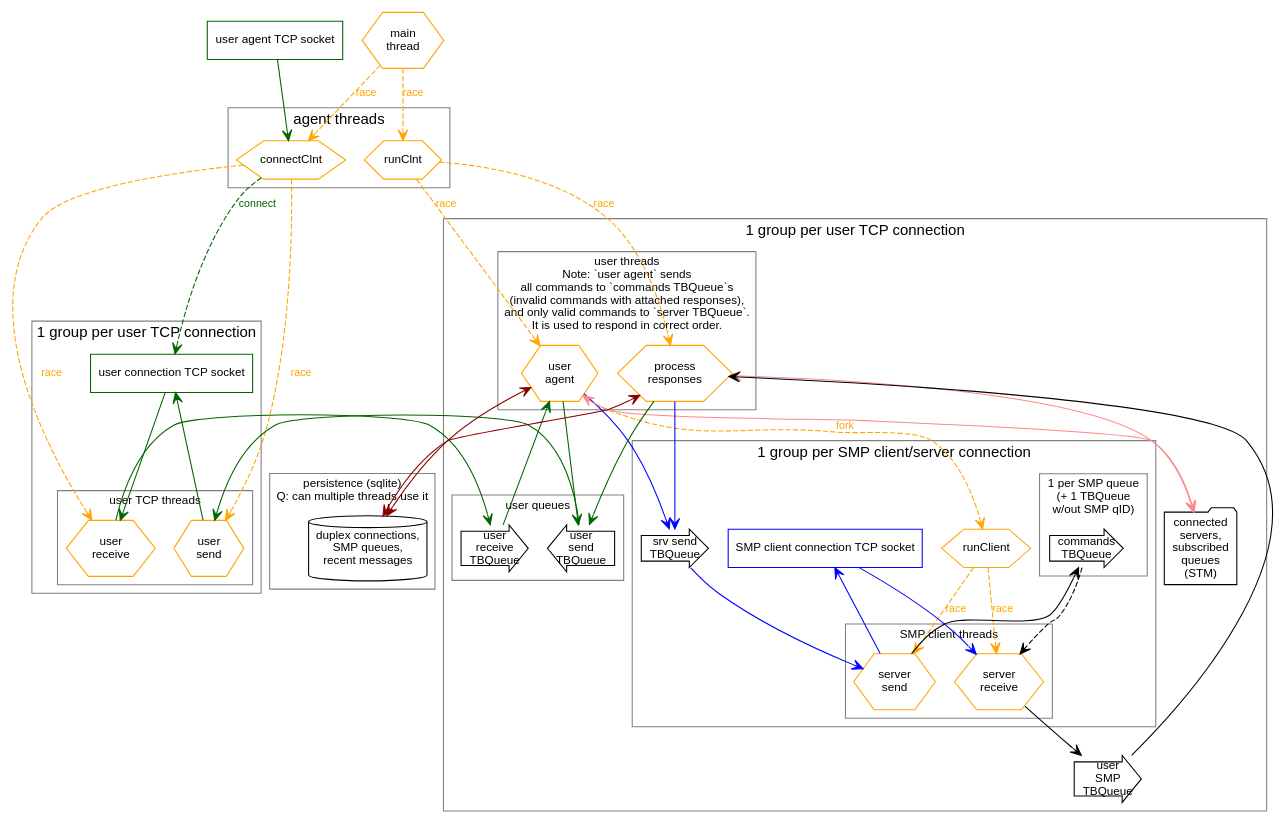
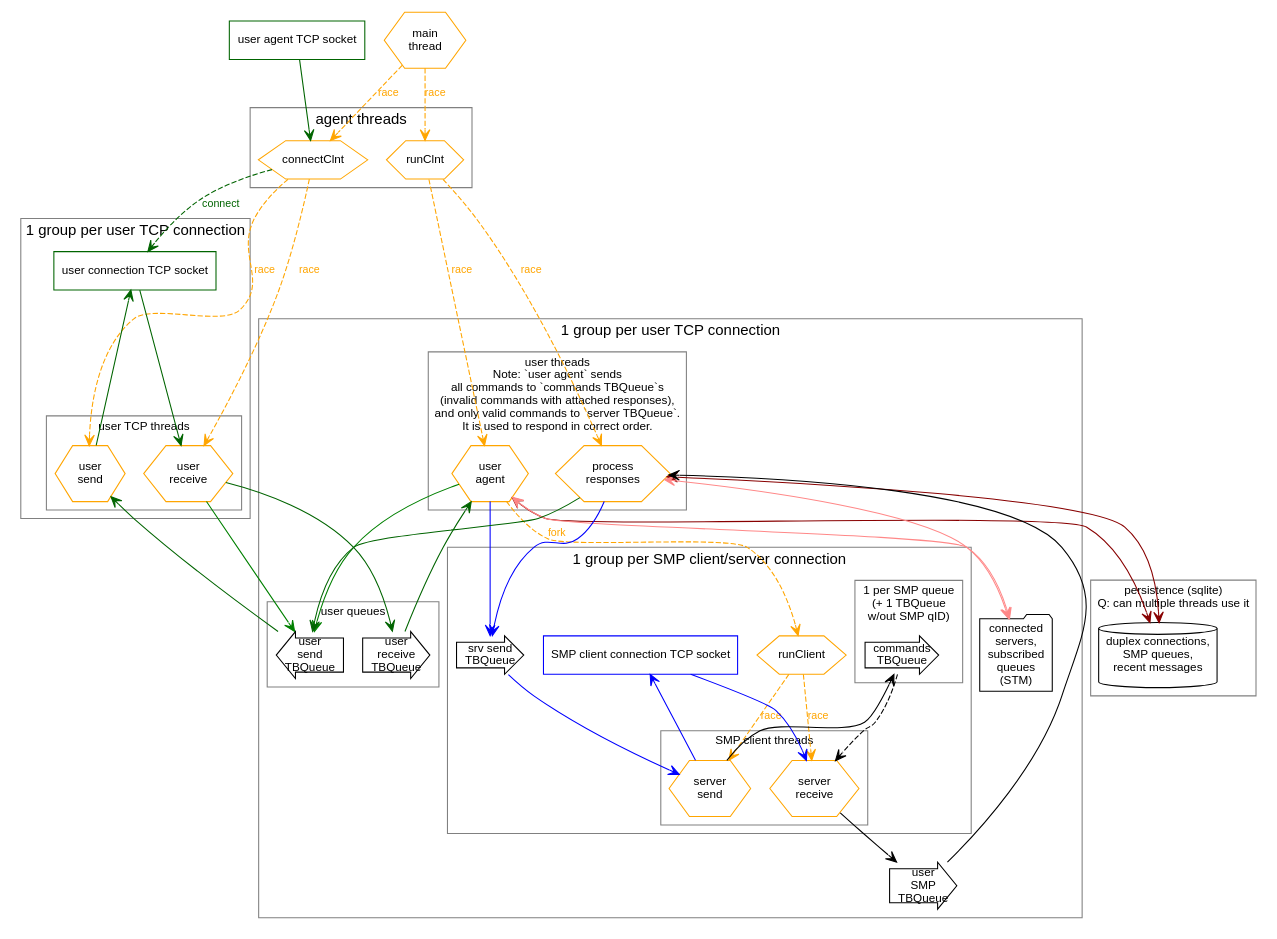
The diagram in design/agent2.gv (simplex-chat/simplexmq), drawn with Graphviz before and after one commit.

Commit message:
diagram: invalid syntax response without roundtrip

```diff
--- a/design/agent2.gv
+++ b/design/agent2.gv
@@ -1,106 +1,107 @@
 digraph SMPAgent {
   graph [fontname=arial]
   node [fontname=arial fontsize=11 shape=box]
   edge [fontname=arial fontsize=10 arrowhead=open arrowtail=open]
 
   main [shape=hexagon color=orange label="main\nthread"]
   aSock [label="user agent TCP socket" color=darkgreen]
 
   subgraph clusterPersistence {
     graph [fontsize=11 color=gray]
     label="persistence (sqlite)\nQ: can multiple threads use it"
     connectionsStore [shape=cylinder label="duplex connections,\nSMP queues,\nrecent messages"]
   }
 
   subgraph clusterAgent {
     graph [color=gray]
     node [shape=hexagon color=orange]
     label="agent threads" 
     connectClnt
     runClnt
   }
 
   main -> {runClnt connectClnt} [style=dashed label="race" color=orange fontcolor=orange]
   aSock -> connectClnt [color=darkgreen]
 
   subgraph clusterUserTCP {
     graph [color=gray]
     label="1 group per user TCP connection"
     uSock [label="user connection TCP socket" color=darkgreen]
 
     subgraph clusterUserTCPThreads {
       graph [fontsize=11 color=gray]
       label="user TCP threads"
       node [shape=hexagon, color=orange]
       uRcv [label="user\nreceive"]
       uSnd [label="user\nsend"]
     }
 
     uSock -> uRcv [color=darkgreen]
     uSnd -> uSock [color=darkgreen]
   }
 
   subgraph clusterUser {
     graph [color=gray]
     label="1 group per user TCP connection"
 
     subgraph clusterUserInterface {
       graph [fontsize=11]
       label="user queues"
       uInq [shape=rarrow label="user\nreceive\nTBQueue"]
       uOutq [shape=larrow label="user\nsend\nTBQueue"]
     }
 
     subgraph clusterUserThreads {
       graph [fontsize=11]
       label="user threads\nNote: `user agent` sends\nall commands to `commands TBQueue`s\n(invalid commands with attached responses),\nand only valid commands to `server TBQueue`.\nIt is used to respond in correct order."
       node [shape=hexagon, color=orange]
       uAgent [label="user\nagent"]
       uProcess [label="process\nresponses"]
     }
 
     uRcv -> uInq -> uAgent [color=darkgreen]
-    {uAgent uProcess} -> uOutq -> uSnd [color=darkgreen]
+    uProcess -> uOutq -> uSnd [color=darkgreen]
+    {uRcv uAgent} -> uOutq [color=green]
 
     uRespq [shape=rarrow label="user\nSMP\nTBQueue"]
 
     subgraph clusterClient {
       label="1 group per SMP client/server connection"
       runClient [shape=hexagon, color=orange]
       sOutq [shape=rarrow label="srv send\nTBQueue"]
       sSock [label="SMP client connection TCP socket" color=blue]
 
       subgraph clusterQueue {
         graph [fontsize=11]
         label="1 per SMP queue\n(+ 1 TBQueue\nw/out SMP qID)"
         sCmdq [shape=rarrow label="commands\nTBQueue"]
       }
 
       subgraph clusterServerThreads {
         graph [fontsize=11]
         label="SMP client threads"
         node [shape=hexagon, color=orange]
         sAgent [label="server\nreceive"]
         sSnd [label="server\nsend"]
       }
 
       runClient -> {sAgent sSnd} [style=dashed label=race color=orange fontcolor=orange]
       {uAgent uProcess} -> sOutq -> sSnd -> sSock -> sAgent [color=blue]
     }
 
     userState [label="connected\nservers,\nsubscribed\nqueues\n(STM)" shape="folder"]
 
     {uAgent uProcess} -> userState [dir=both color="#FF8888"]
     {uAgent uProcess} -> connectionsStore [dir=both color="#880000"]
 
     connectClnt -> uSock [style=dashed label="connect" color=darkgreen fontcolor=darkgreen]
     connectClnt -> {uRcv uSnd} [style=dashed label="race" color=orange fontcolor=orange]
     runClnt -> {uAgent uProcess} [style=dashed label="race" color=orange fontcolor=orange]
 
     sSnd -> sCmdq
     sCmdq -> sAgent [style=dashed]
     sAgent -> uRespq -> uProcess
 
     uAgent -> runClient [style=dashed label="fork" color=orange fontcolor=orange]
   }
 }
```
